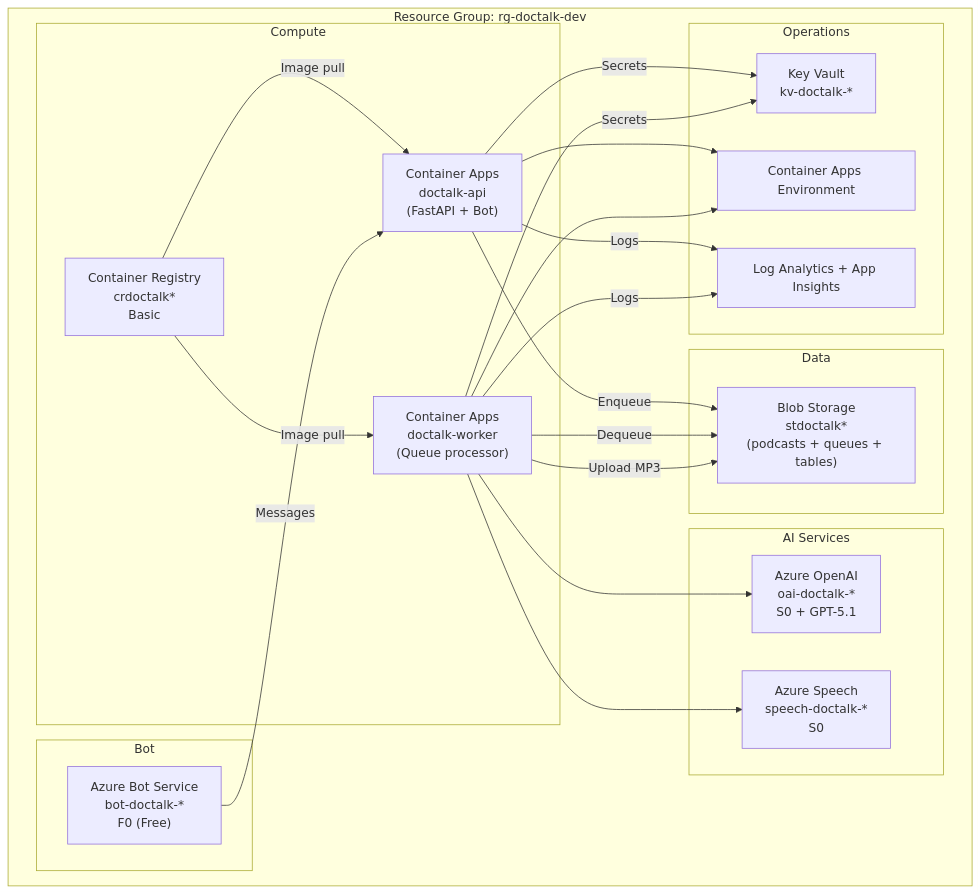
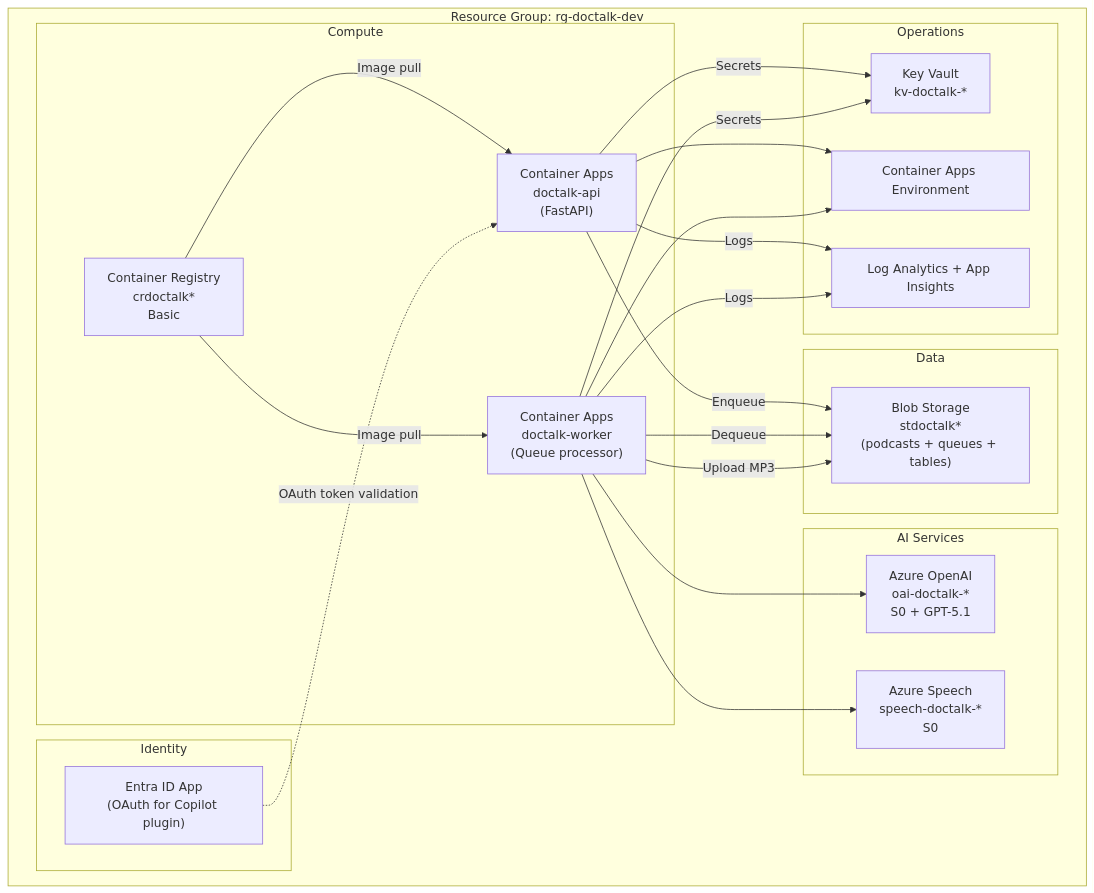
One commit to rjayapra/DocTalk changed the third of 4 diagrams in ARCHITECTURE.md. Above: the diagram before and after it, drawn with Mermaid. The commit also changed other lines of this file, not shown here.

First line of the commit message:
docs: update ARCHITECTURE.md with M365 Copilot agent architecture

````diff
--- a/ARCHITECTURE.md
+++ b/ARCHITECTURE.md
@@ -225,40 +244,40 @@
 ```mermaid
 graph TB
     subgraph "Resource Group: rg-doctalk-dev"
         subgraph "Compute"
-            ACA_API["Container Apps<br/>doctalk-api<br/>(FastAPI + Bot)"]
+            ACA_API["Container Apps<br/>doctalk-api<br/>(FastAPI)"]
             ACA_WORKER["Container Apps<br/>doctalk-worker<br/>(Queue processor)"]
             ACR["Container Registry<br/>crdoctalk*<br/>Basic"]
         end
 
         subgraph "AI Services"
             OAI["Azure OpenAI<br/>oai-doctalk-*<br/>S0 + GPT-5.1"]
             SPE["Azure Speech<br/>speech-doctalk-*<br/>S0"]
         end
 
         subgraph "Data"
             STO["Blob Storage<br/>stdoctalk*<br/>(podcasts + queues + tables)"]
         end
 
-        subgraph "Bot"
-            BOT["Azure Bot Service<br/>bot-doctalk-*<br/>F0 (Free)"]
+        subgraph "Identity"
+            ENTRA["Entra ID App<br/>(OAuth for Copilot plugin)"]
         end
 
         subgraph "Operations"
             KV["Key Vault<br/>kv-doctalk-*"]
             LOG["Log Analytics + App Insights"]
             CAE["Container Apps Environment"]
         end
     end
 
     ACA_API --> CAE
     ACA_WORKER --> CAE
     ACR -->|Image pull| ACA_API & ACA_WORKER
     ACA_API -->|Enqueue| STO
     ACA_WORKER -->|Dequeue| STO
     ACA_WORKER --> OAI & SPE
     ACA_WORKER -->|Upload MP3| STO
-    BOT -->|Messages| ACA_API
+    ENTRA -.->|OAuth token validation| ACA_API
     ACA_API & ACA_WORKER -->|Secrets| KV
     ACA_API & ACA_WORKER -->|Logs| LOG
 ```
````
